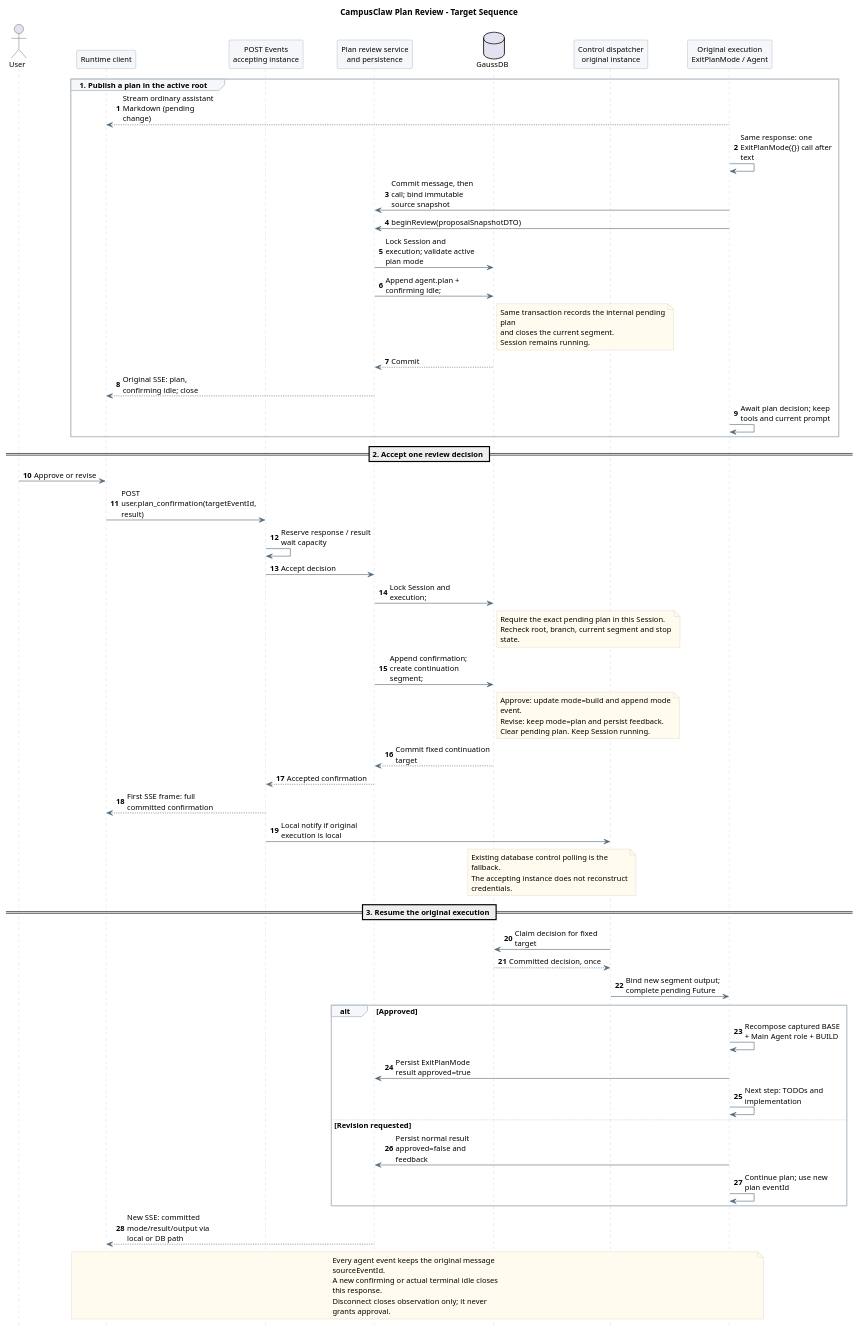
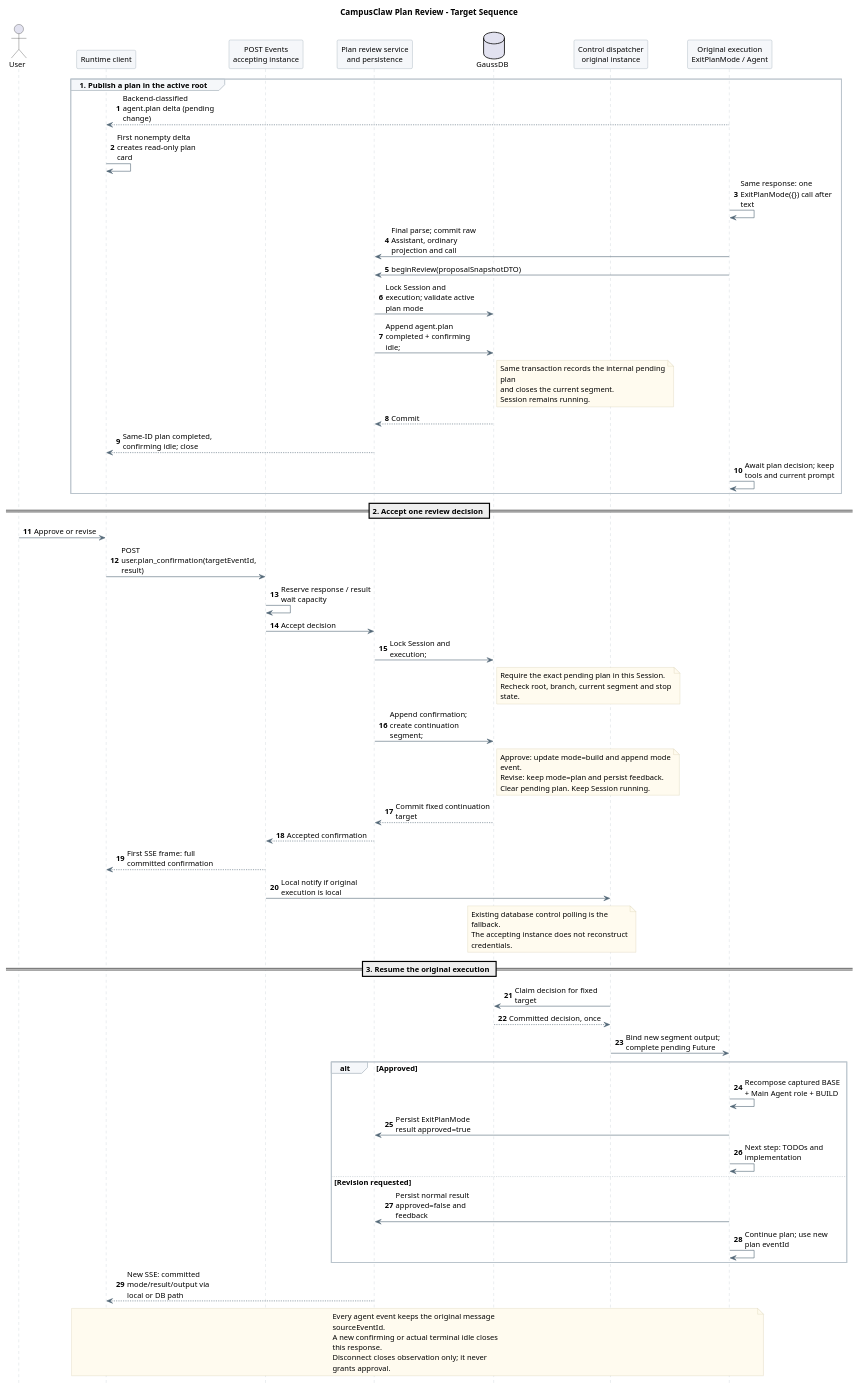
One commit to ssm0808/pi-mono-java-design changed the second of 7 diagrams in 01-总体架构/06-CampusClaw计划模式/diagram.puml. Above: the diagram before and after it, drawn with PlantUML. The commit also changed other lines of this file and 29 other files, not shown here.

```diff
--- a/01-总体架构/06-CampusClaw计划模式/diagram.puml
+++ b/01-总体架构/06-CampusClaw计划模式/diagram.puml
@@ -316,101 +336,102 @@
 @startuml plan_mode_review_sequence
 skinparam backgroundColor white
 skinparam defaultFontName SansSerif
 skinparam defaultFontSize 13
 skinparam shadowing false
 skinparam sequenceMessageAlign left
 skinparam maxMessageSize 165
 skinparam sequenceArrowColor #526777
 skinparam sequenceLifeLineBorderColor #BAC4CC
 skinparam sequenceParticipantBackgroundColor #F5F7FA
 skinparam sequenceParticipantBorderColor #8496A4
 skinparam sequenceGroupBackgroundColor #F5F7FA
 skinparam sequenceGroupBorderColor #BAC4CC
 skinparam noteBackgroundColor #FFFBEF
 skinparam noteBorderColor #D2C6A5
 hide footbox
 autonumber
 ' Source baseline: pi-mono-java 09b32d8ea4a4b43b34be302d8b2745bdc417c9a2.
 ' Source: modules/coding-agent-cli/src/main/java/com/campusclaw/codingagent/runtimeapi/event/RuntimeControlEventService.java :: accept.
 ' Source: modules/coding-agent-cli/src/main/java/com/campusclaw/codingagent/runtimeapi/persistence/MyBatisRuntimeExecutionControlRepository.java :: markConfirming, acceptConfirmation, claimConfirmation.
 ' Source: modules/coding-agent-cli/src/main/java/com/campusclaw/codingagent/runtimeapi/runtime/RuntimeSessionControlDispatcher.java :: dispatchConfirmation.
 ' Observed behavior: tool confirmation closes one response and resumes through a new fixed segment.
 ' Design reason: plan review reuses this transport and durable handoff.
 ' Java divergence: immutable plan event identity is the approval target; tool permissions remain separate.
 title CampusClaw Plan Review - Target Sequence
 actor User
 participant "Runtime client" as UI
 participant "POST Events\naccepting instance" as API
 participant "Plan review service\nand persistence" as Service
 database GaussDB as DB
 participant "Control dispatcher\noriginal instance" as Dispatcher
 participant "Original execution\nExitPlanMode / Agent" as Agent
 
 group 1. Publish a plan in the active root
-  Agent --> UI : Stream ordinary assistant Markdown (pending change)
+  Agent --> UI : Backend-classified agent.plan delta (pending change)
+  UI -> UI : First nonempty delta creates read-only plan card
   Agent -> Agent : Same response: one ExitPlanMode({}) call after text
-  Agent -> Service : Commit message, then call; bind immutable source snapshot
+  Agent -> Service : Final parse; commit raw Assistant, ordinary projection and call
   Agent -> Service : beginReview(proposalSnapshotDTO)
   Service -> DB : Lock Session and execution; validate active plan mode
-  Service -> DB : Append agent.plan + confirming idle;
+  Service -> DB : Append agent.plan completed + confirming idle;
   note right of DB
   Same transaction records the internal pending
   plan
   and closes the current segment.
   Session remains running.
   end note
   DB --> Service : Commit
-  Service --> UI : Original SSE: plan, confirming idle; close
+  Service --> UI : Same-ID plan completed, confirming idle; close
   Agent -> Agent : Await plan decision; keep tools and current prompt
 end
 
 == 2. Accept one review decision ==
 User -> UI : Approve or revise
 UI -> API : POST user.plan_confirmation(targetEventId, result)
 API -> API : Reserve response / result wait capacity
 API -> Service : Accept decision
 Service -> DB : Lock Session and execution;
 note right of DB
   Require the exact pending plan in this Session.
   Recheck root, branch, current segment and stop
   state.
 end note
 Service -> DB : Append confirmation; create continuation segment;
 note right of DB
   Approve: update mode=build and append mode
   event.
   Revise: keep mode=plan and persist feedback.
   Clear pending plan. Keep Session running.
 end note
 DB --> Service : Commit fixed continuation target
 Service --> API : Accepted confirmation
 API --> UI : First SSE frame: full committed confirmation
 API -> Dispatcher : Local notify if original execution is local
 note over DB,Dispatcher
   Existing database control polling is the
   fallback.
   The accepting instance does not reconstruct
   credentials.
 end note
 == 3. Resume the original execution ==
 Dispatcher -> DB : Claim decision for fixed target
 DB --> Dispatcher : Committed decision, once
 Dispatcher -> Agent : Bind new segment output; complete pending Future
 alt Approved
   Agent -> Agent : Recompose captured BASE + Main Agent role + BUILD
   Agent -> Service : Persist ExitPlanMode result approved=true
   Agent -> Agent : Next step: TODOs and implementation
 else Revision requested
   Agent -> Service : Persist normal result approved=false and feedback
   Agent -> Agent : Continue plan; use new plan eventId
 end
 Service --> UI : New SSE: committed mode/result/output via local or DB path
 note over UI,Agent
   Every agent event keeps the original message
   sourceEventId.
   A new confirming or actual terminal idle closes
   this response.
   Disconnect closes observation only; it never
   grants approval.
 end note
 @enduml
```
